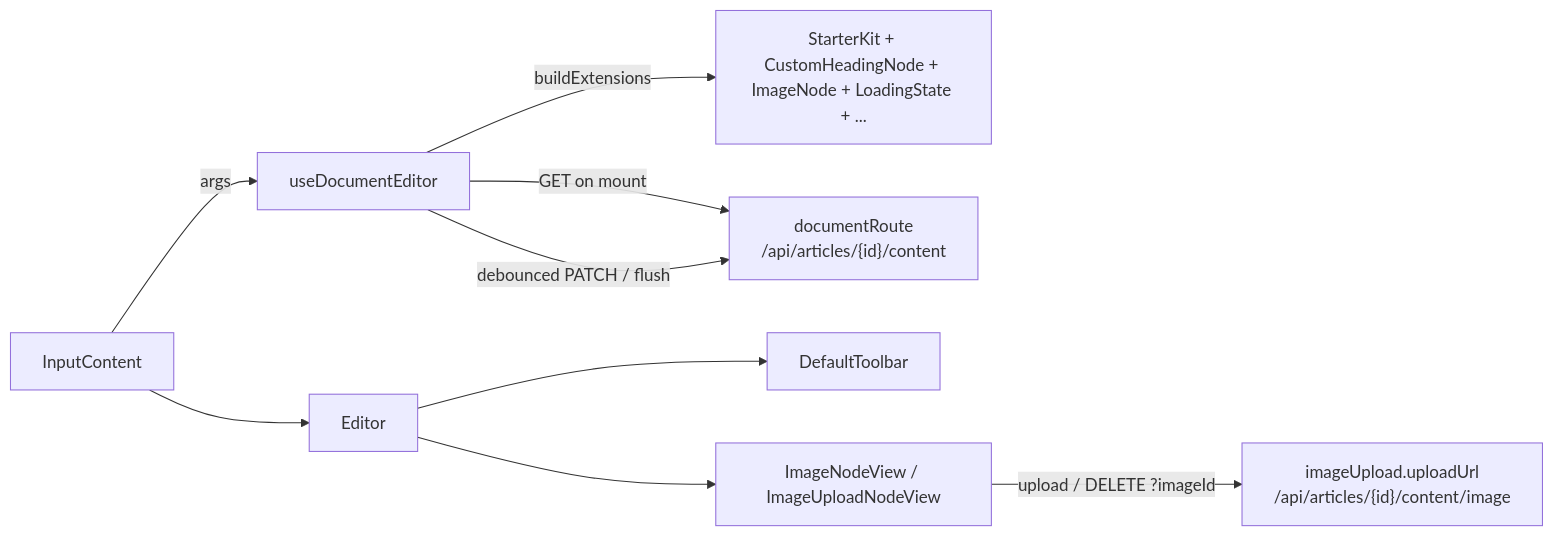
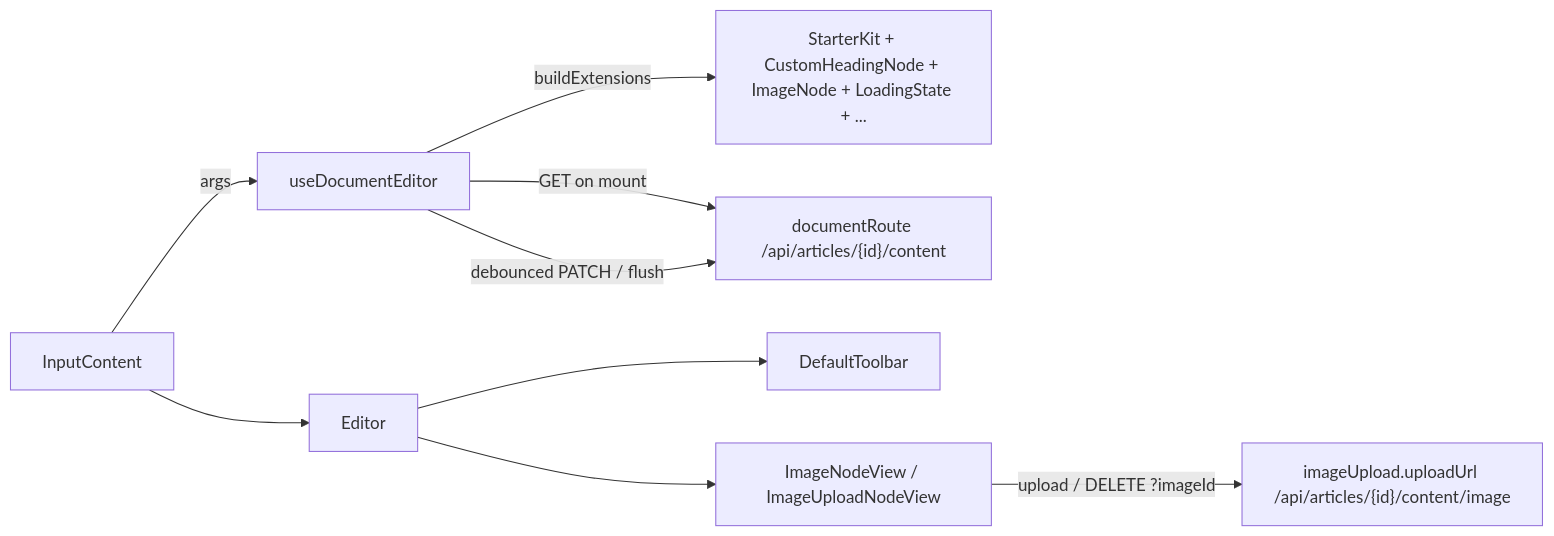
One commit to jackcasstlesjones/ozeaon-wiki changed the diagram in src/content/docs/components/tiptap.md. Above: the diagram before and after it, drawn with Mermaid. The commit also changed other lines of this file and 5 other files, not shown here.

````diff
--- a/src/content/docs/components/tiptap.md
+++ b/src/content/docs/components/tiptap.md
@@ -12,11 +18,11 @@
 ```mermaid
 flowchart LR
   IC[InputContent] -->|args| H[useDocumentEditor]
   H -->|buildExtensions| X[StarterKit + CustomHeadingNode + ImageNode + LoadingState + ...]
-  H -->|GET on mount| R["documentRoute<br/>/api/articles/{id}/content"]
+  H -->|GET on mount| R["documentRoute /api/articles/{id}/content"]
   H -->|debounced PATCH / flush| R
   IC --> E[Editor]
   E --> T[DefaultToolbar]
   E --> V[ImageNodeView / ImageUploadNodeView]
-  V -->|upload / DELETE ?imageId| U["imageUpload.uploadUrl<br/>/api/articles/{id}/content/image"]
+  V -->|upload / DELETE ?imageId| U["imageUpload.uploadUrl /api/articles/{id}/content/image"]
 ```
````
